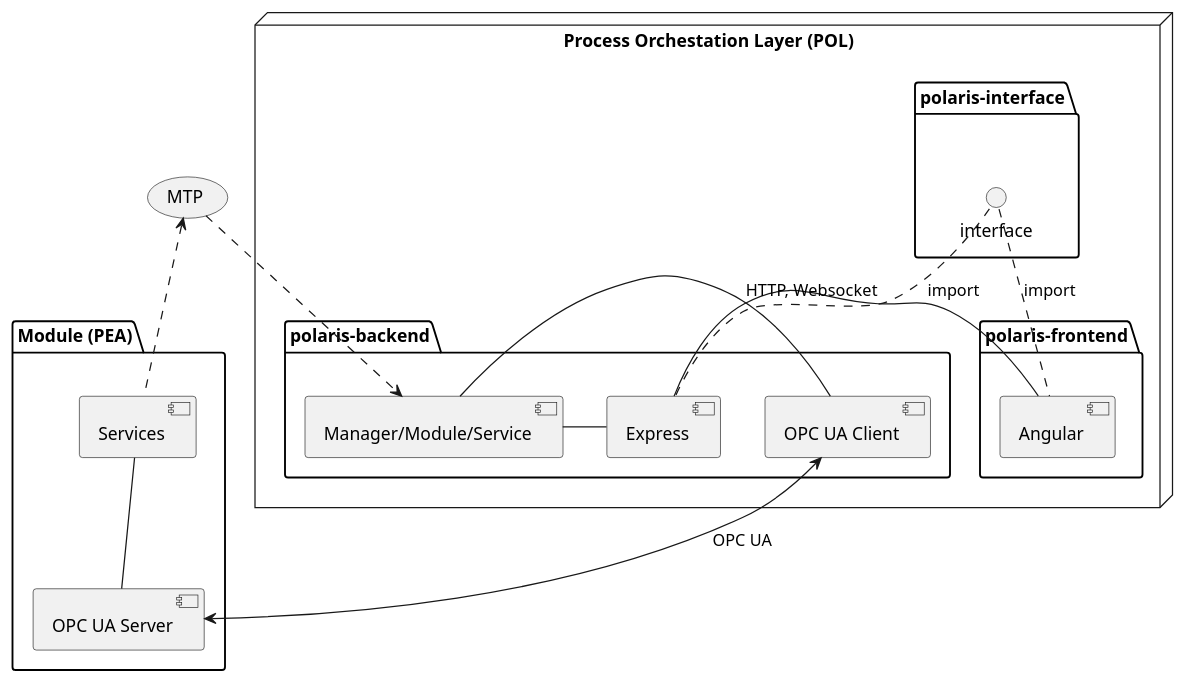
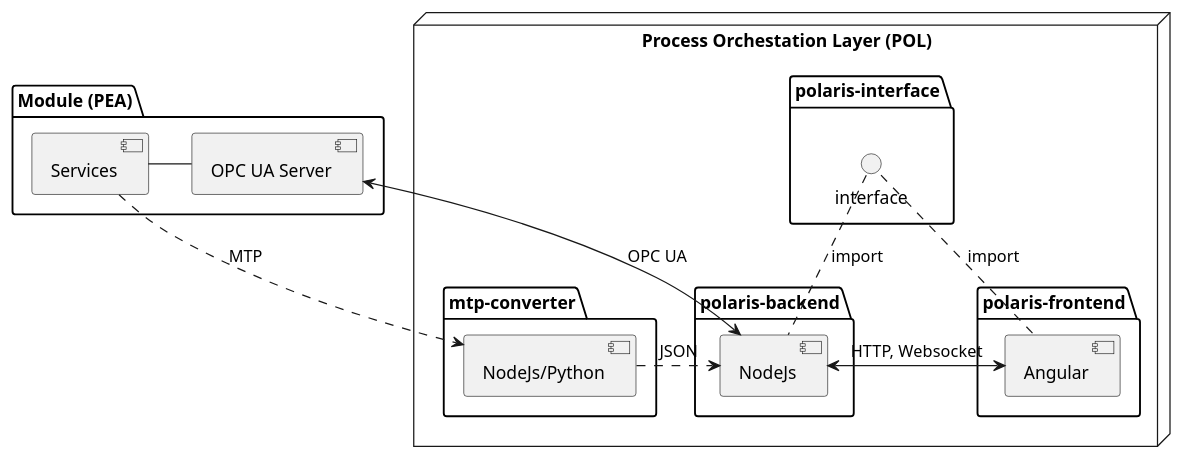
One commit to p2o-lab/polaris-backend changed the diagram in doc/componentdiagram.puml. Above: the diagram before and after it, drawn with PlantUML.

Commit message:
Update componentdiagram.puml (#93)

```diff
--- a/doc/componentdiagram.puml
+++ b/doc/componentdiagram.puml
@@ -1,31 +1,35 @@
 @startuml
 skinparam monochrome true
 
-package "Module (PEA)" {
-    [Services] -- [OPC UA Server]
+package "Module (PEA)" as PEA {
+    [Services] - [OPC UA Server]
 }
 
 node "Process Orchestation Layer (POL)" {
-    package "polaris-backend" {
-        [Express] - [Manager/Module/Service]
-        [Manager/Module/Service] - [OPC UA Client]
+    package "polaris-backend" as backend {
+        [NodeJs]
     }
 
-    package "polaris-frontend" {
-        [Angular] -right- [Express] : HTTP, Websocket
+    package "polaris-frontend" as frontend {
+        [Angular] <-> [NodeJs] : HTTP, Websocket
     }
 
     package "polaris-interface" {
         () interface as if
     }
+    
+    package "mtp-converter" {
+        [NodeJs/Python]
+    }
 }
 
-if .. [Express] : import
+
+if .. [NodeJs] : import
 if .. [Angular] : import
 
-[OPC UA Server] <-left-> [OPC UA Client] : OPC UA
+[OPC UA Server] <--> [NodeJs] : OPC UA
 
-(MTP) <.. [Services]
-(MTP) ..> [Manager/Module/Service]
+[Services] .> [NodeJs/Python]: MTP
+[NodeJs/Python] .> [NodeJs] : JSON
 
 @enduml
```
